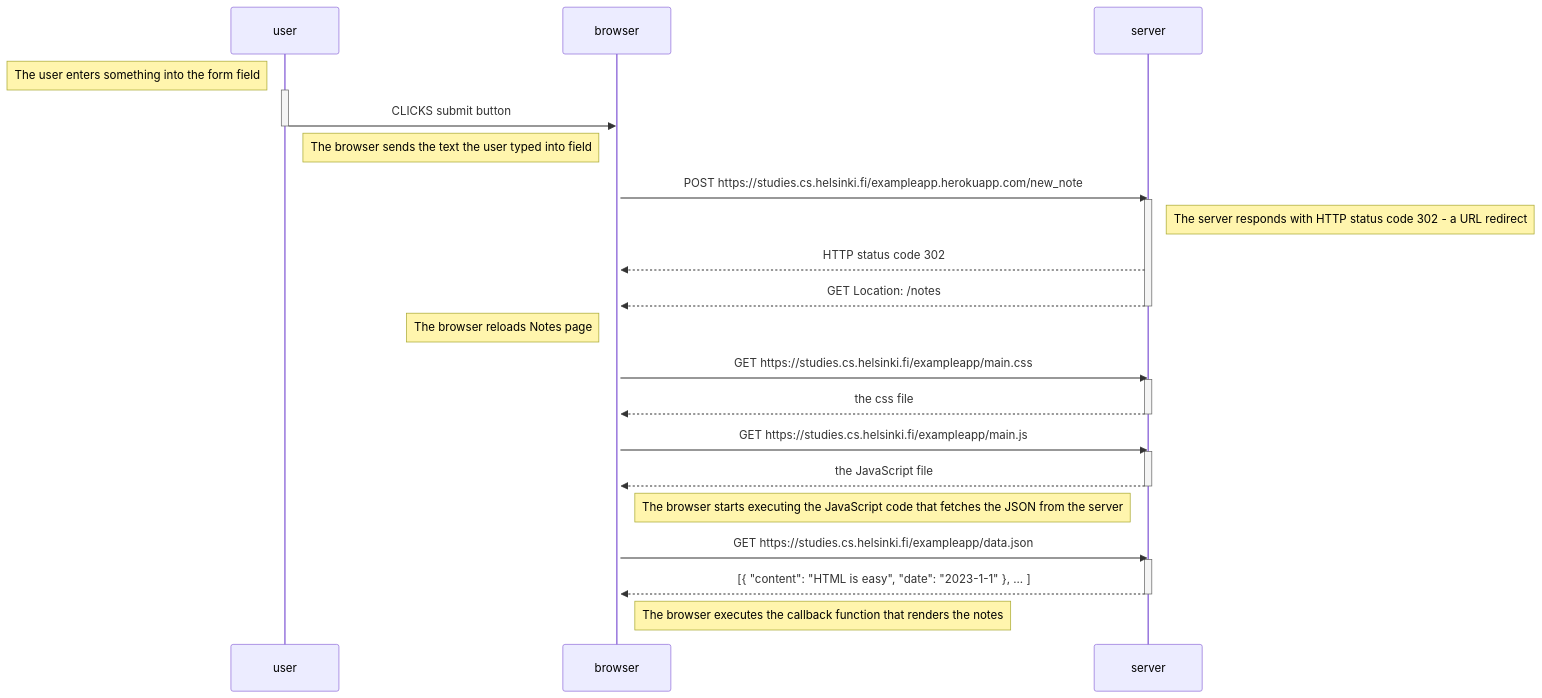
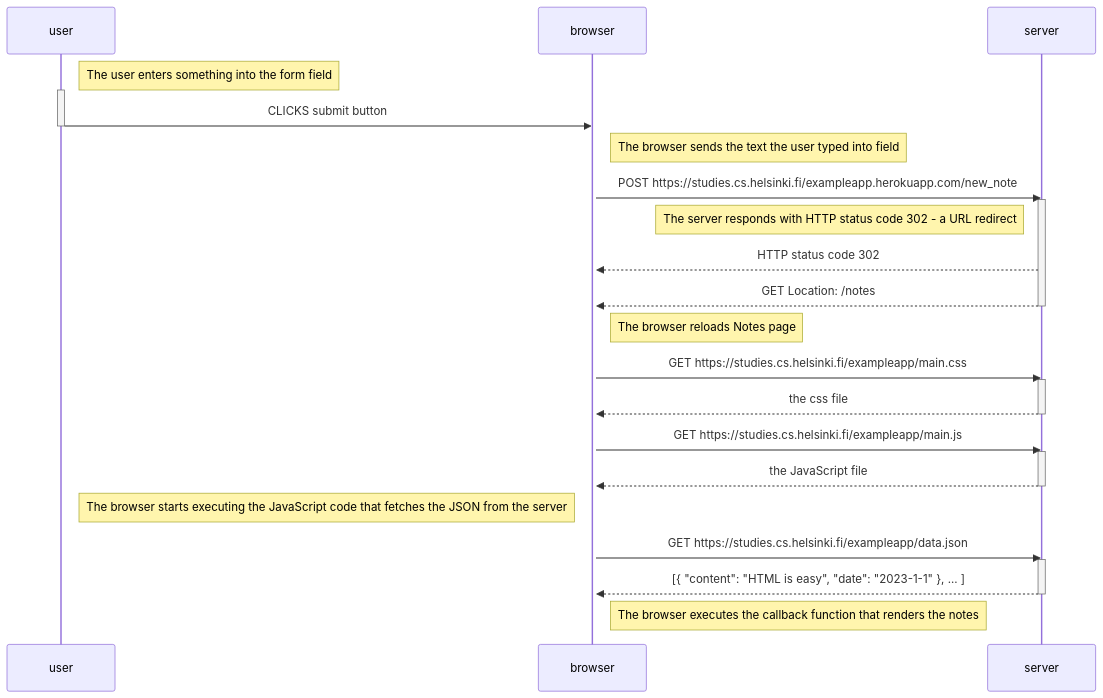
The diagram in part0/0.4NoteDiagram.md (Emma-Belg/FullStackOpenCourse), drawn with Mermaid before and after one commit.

````diff
--- a/part0/0.4NoteDiagram.md
+++ b/part0/0.4NoteDiagram.md
@@ -4,40 +4,40 @@
  ```mermaid
 sequenceDiagram
     participant user
     participant browser
     participant server
     
-    Note left of user: The user enters something into the form field
+    Note right of user: The user enters something into the form field
     activate user
     user->>browser: CLICKS submit button
     deactivate user
     activate browser
-    Note left of browser: The browser sends the text the user typed into field
+    Note right of browser: The browser sends the text the user typed into field
     browser->>server: POST https://studies.cs.helsinki.fi/exampleapp.herokuapp.com/new_note
     activate server
-    Note right of server: The server responds with HTTP status code 302 - a URL redirect
+    Note left of server: The server responds with HTTP status code 302 - a URL redirect
     server-->>browser: HTTP status code 302 
     server-->>browser: GET Location: /notes
     deactivate server
     
-    Note left of browser: The browser reloads Notes page
+    Note right of browser: The browser reloads Notes page
     browser->>server: GET https://studies.cs.helsinki.fi/exampleapp/main.css
     activate server
     server-->>browser: the css file
     deactivate server
     
     browser->>server: GET https://studies.cs.helsinki.fi/exampleapp/main.js
     activate server
     server-->>browser: the JavaScript file
     deactivate server
     
-    Note right of browser: The browser starts executing the JavaScript code that fetches the JSON from the server
+    Note left of browser: The browser starts executing the JavaScript code that fetches the JSON from the server
     
     browser->>server: GET https://studies.cs.helsinki.fi/exampleapp/data.json
     activate server
     server-->>browser: [{ "content": "HTML is easy", "date": "2023-1-1" }, ... ]
     deactivate server    
 
     Note right of browser: The browser executes the callback function that renders the notes 
     
 ```
````
